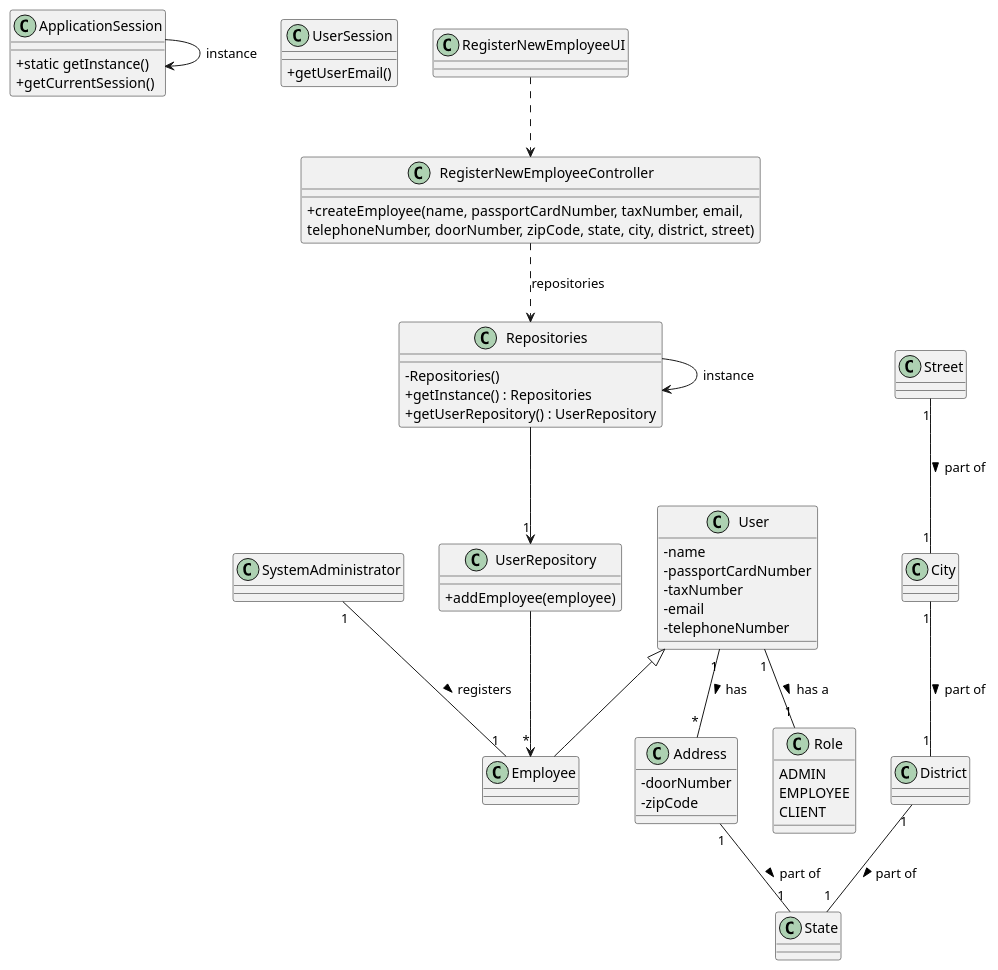
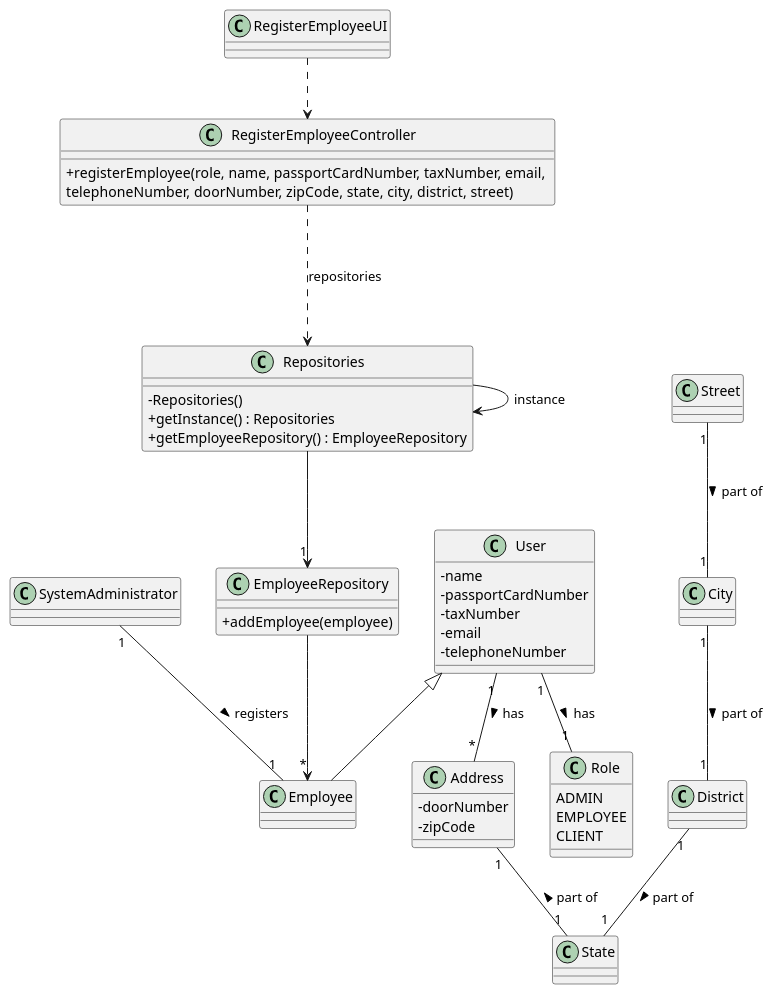
One commit to Goncalves2525/real-estate-management-system changed the diagram in docs/sprintB/us003/03.design/puml/us003-class-diagram.puml. Above: the diagram before and after it, drawn with PlantUML. The commit also changed 7 other files, not shown here.

```diff
--- a/docs/sprintB/us003/03.design/puml/us003-class-diagram.puml
+++ b/docs/sprintB/us003/03.design/puml/us003-class-diagram.puml
@@ -1,89 +1,79 @@
 @startuml
 skinparam packageStyle rectangle
 skinparam shadowing false
 skinparam linetype polyline
 skinparam classAttributeIconSize 0
 
-class ApplicationSession {
-    + static getInstance()
-    + getCurrentSession()
+class RegisterEmployeeController {
+    + registerEmployee(role, name, passportCardNumber, taxNumber, email, \ntelephoneNumber, doorNumber, zipCode, state, city, district, street)
 }
 
-class UserSession {
-    + getUserEmail()
-}
-
-class RegisterNewEmployeeController {
-    + createEmployee(name, passportCardNumber, taxNumber, email, \ntelephoneNumber, doorNumber, zipCode, state, city, district, street)
-}
-
-class UserRepository {
+class EmployeeRepository {
     + addEmployee(employee)
 }
 
 class Repositories {
     - Repositories()
     + getInstance() : Repositories
-    + getUserRepository() : UserRepository
+    + getEmployeeRepository() : EmployeeRepository
 }
 
-ApplicationSession -down-> ApplicationSession : instance
 Repositories -down-> Repositories : instance
 
-class RegisterNewEmployeeUI {
+class RegisterEmployeeUI {
 }
 
-RegisterNewEmployeeUI ..> RegisterNewEmployeeController
+RegisterEmployeeUI ..> RegisterEmployeeController
 
-RegisterNewEmployeeController ..> Repositories : repositories
+RegisterEmployeeController ...> Repositories : repositories
 
-Repositories --> "1" UserRepository
+Repositories --> "1" EmployeeRepository
 
-UserRepository --> "*" Employee
+EmployeeRepository --> "*" Employee
 
 class SystemAdministrator {
 }
 
 class User {
     - name
     - passportCardNumber
     - taxNumber
     - email
     - telephoneNumber
 }
 
 class Employee extends User {
 }
 
 class Address {
     - doorNumber
     - zipCode
 }
 
 class Street {
 }
 
 class City {
 }
 
 class District {
 }
 
 class State {
 }
 
 class Role {
     ADMIN
     EMPLOYEE
     CLIENT
 }
 
 SystemAdministrator "1" -- "1" Employee: registers >
 User "1" -- "*" Address: has >
-User "1" -- "1" Role: has a >
-Address "1" -- "1" State: part of >
+User "1" -- "1" Role: has >
+Address "1" -- "1" State: part of <
 Street "1" -- "1" City: part of >
 City "1" -- "1" District: part of >
 District "1" -- "1" State: part of >
 
 @enduml
```
